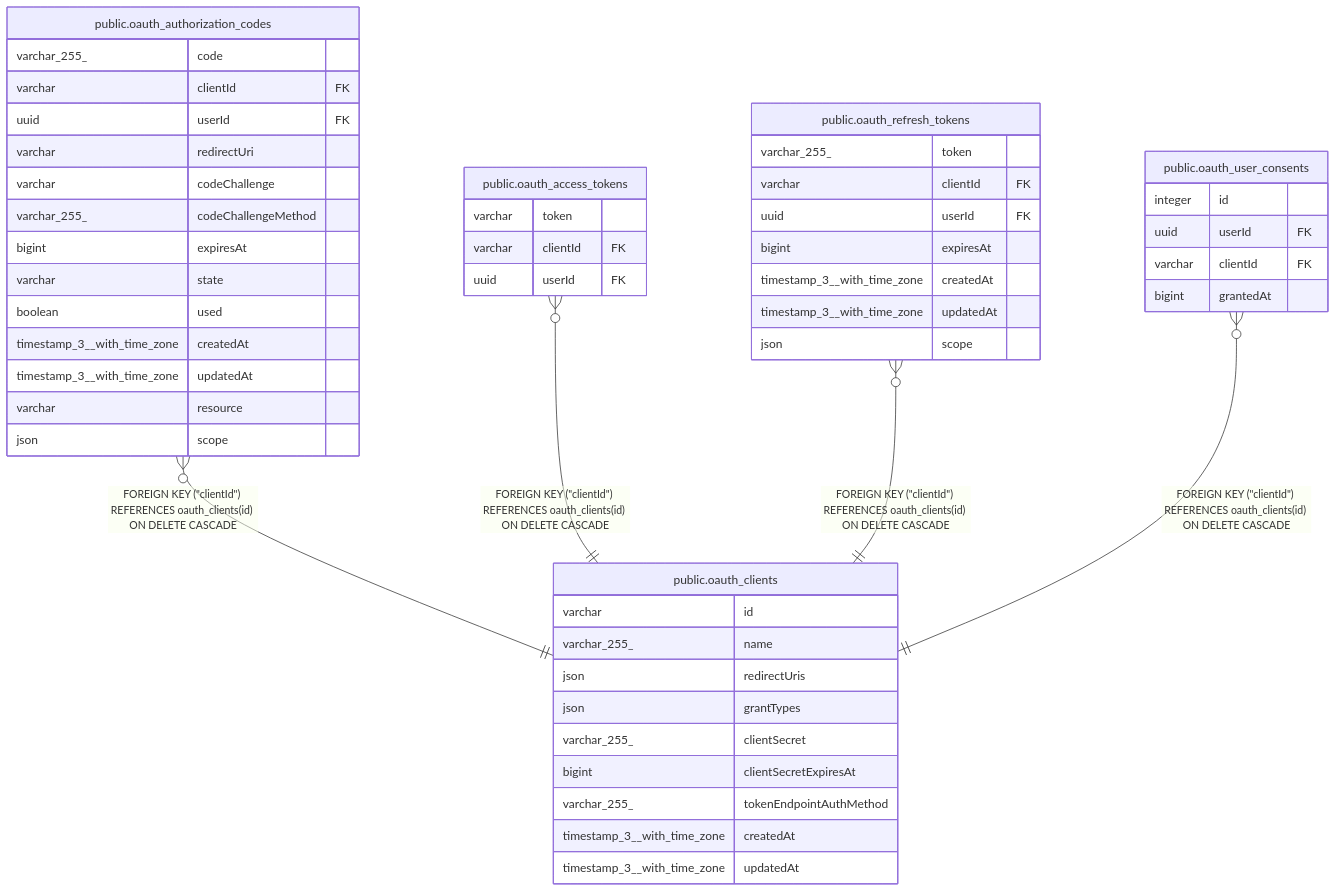
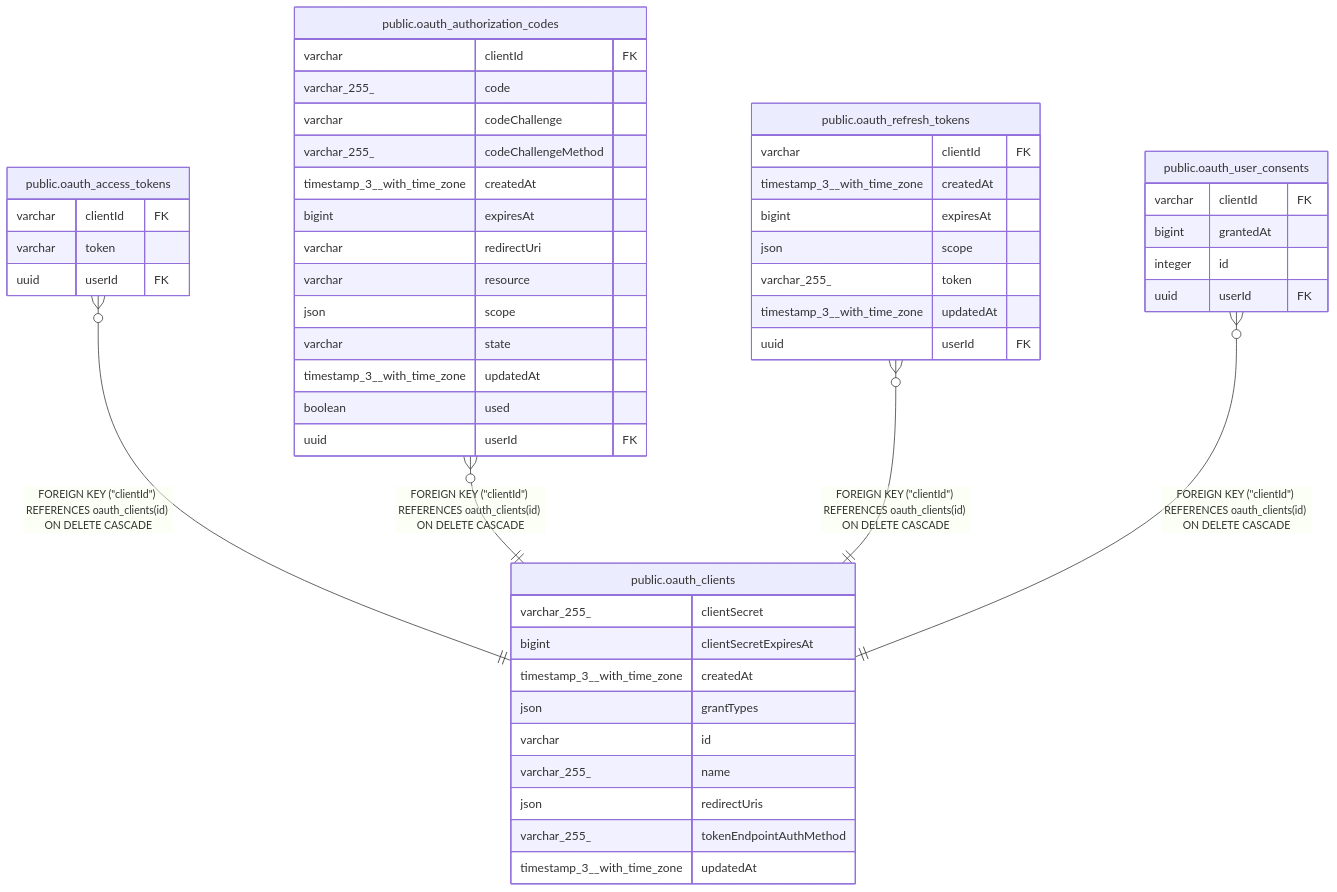
One commit to mayankjain1815-commits/n8n changed the diagram in docs/generated/postgres-schema/public.oauth_clients.md. Above: the diagram before and after it, drawn with Mermaid. The commit also changed other lines of this file and 221 other files, not shown here.

Commit message:
chore(core): Make DB schema docs generation deterministic (#32373)

````diff
--- a/docs/generated/postgres-schema/public.oauth_clients.md
+++ b/docs/generated/postgres-schema/public.oauth_clients.md
@@ -38,55 +38,55 @@
 ```mermaid
 erDiagram
 
+"public.oauth_access_tokens" }o--|| "public.oauth_clients" : "FOREIGN KEY (#quot;clientId#quot;) REFERENCES oauth_clients(id) ON DELETE CASCADE"
 "public.oauth_authorization_codes" }o--|| "public.oauth_clients" : "FOREIGN KEY (#quot;clientId#quot;) REFERENCES oauth_clients(id) ON DELETE CASCADE"
-"public.oauth_access_tokens" }o--|| "public.oauth_clients" : "FOREIGN KEY (#quot;clientId#quot;) REFERENCES oauth_clients(id) ON DELETE CASCADE"
 "public.oauth_refresh_tokens" }o--|| "public.oauth_clients" : "FOREIGN KEY (#quot;clientId#quot;) REFERENCES oauth_clients(id) ON DELETE CASCADE"
 "public.oauth_user_consents" }o--|| "public.oauth_clients" : "FOREIGN KEY (#quot;clientId#quot;) REFERENCES oauth_clients(id) ON DELETE CASCADE"
 
 "public.oauth_clients" {
+  varchar_255_ clientSecret
+  bigint clientSecretExpiresAt
+  timestamp_3__with_time_zone createdAt
+  json grantTypes
   varchar id
   varchar_255_ name
   json redirectUris
-  json grantTypes
-  varchar_255_ clientSecret
-  bigint clientSecretExpiresAt
   varchar_255_ tokenEndpointAuthMethod
-  timestamp_3__with_time_zone createdAt
   timestamp_3__with_time_zone updatedAt
 }
+"public.oauth_access_tokens" {
+  varchar clientId FK
+  varchar token
+  uuid userId FK
+}
 "public.oauth_authorization_codes" {
+  varchar clientId FK
   varchar_255_ code
-  varchar clientId FK
-  uuid userId FK
-  varchar redirectUri
   varchar codeChallenge
   varchar_255_ codeChallengeMethod
+  timestamp_3__with_time_zone createdAt
   bigint expiresAt
-  varchar state
-  boolean used
-  timestamp_3__with_time_zone createdAt
-  timestamp_3__with_time_zone updatedAt
+  varchar redirectUri
   varchar resource
   json scope
-}
-"public.oauth_access_tokens" {
-  varchar token
-  varchar clientId FK
+  varchar state
+  timestamp_3__with_time_zone updatedAt
+  boolean used
   uuid userId FK
 }
 "public.oauth_refresh_tokens" {
+  varchar clientId FK
+  timestamp_3__with_time_zone createdAt
+  bigint expiresAt
+  json scope
   varchar_255_ token
-  varchar clientId FK
+  timestamp_3__with_time_zone updatedAt
   uuid userId FK
-  bigint expiresAt
-  timestamp_3__with_time_zone createdAt
-  timestamp_3__with_time_zone updatedAt
-  json scope
 }
 "public.oauth_user_consents" {
+  varchar clientId FK
+  bigint grantedAt
   integer id
   uuid userId FK
-  varchar clientId FK
-  bigint grantedAt
 }
 ```
````
